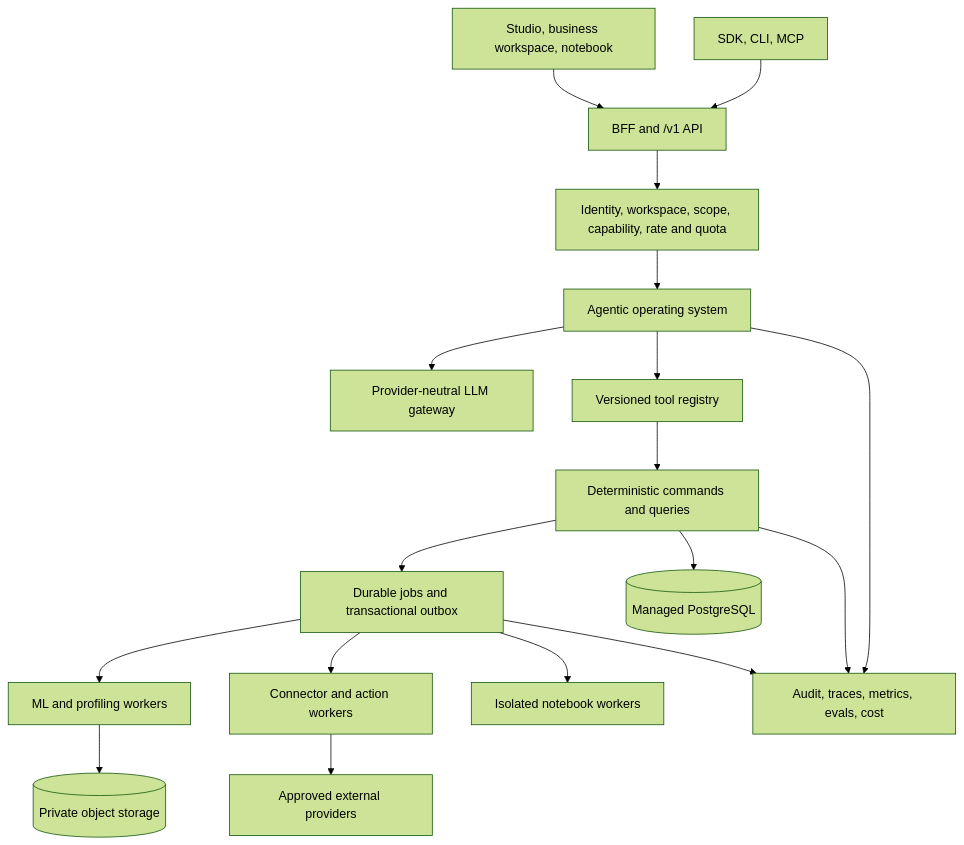
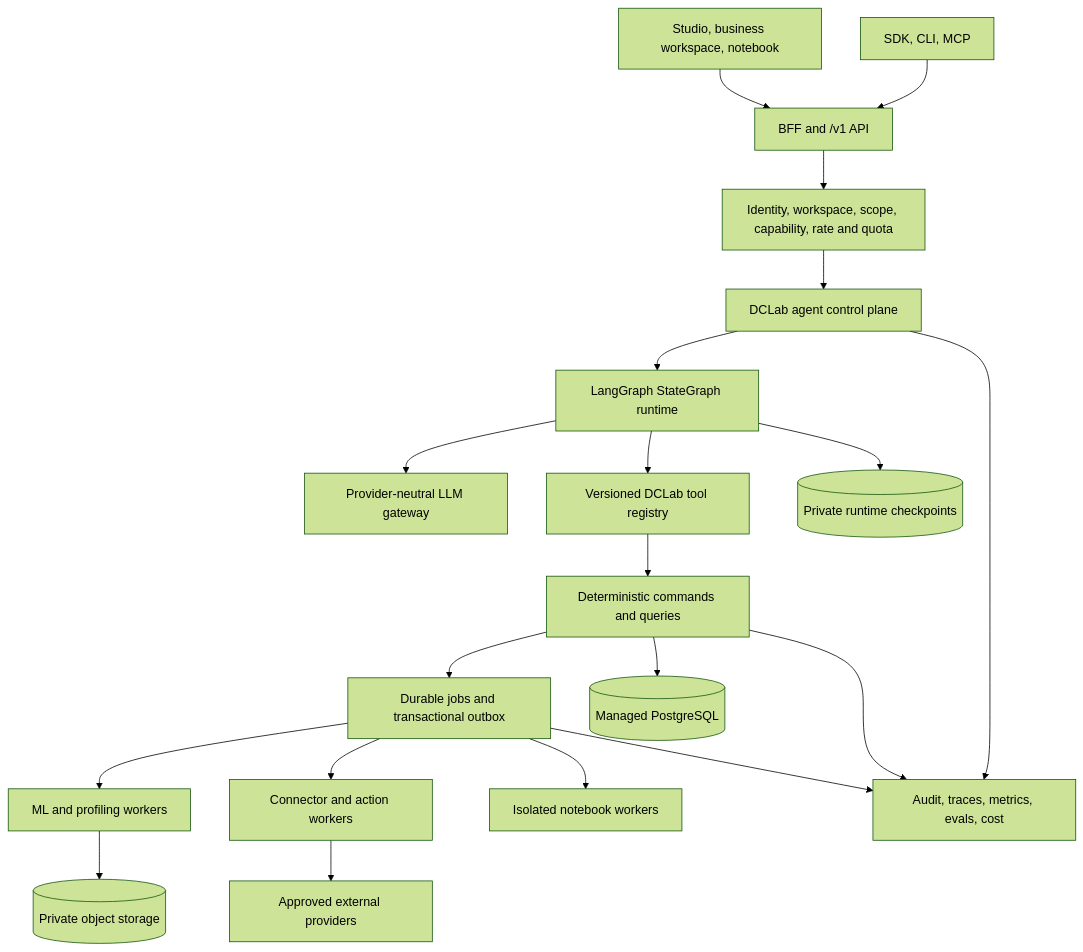
Before and after one commit to Shahriyar-Moradi/DCLab: the first of 3 diagrams in docs/agentic-program/MASTER_SCOPE_0_TO_10_PLAN.md, drawn with Mermaid (forest theme). The commit also changed other lines of this file and 71 other files, not shown here.

````diff
--- a/docs/agentic-program/MASTER_SCOPE_0_TO_10_PLAN.md
+++ b/docs/agentic-program/MASTER_SCOPE_0_TO_10_PLAN.md
@@ -167,20 +182,22 @@
 ```mermaid
 flowchart TD
     UI[Studio, business workspace, notebook] --> EDGE[BFF and /v1 API]
     DEV[SDK, CLI, MCP] --> EDGE
     EDGE --> AUTH[Identity, workspace, scope, capability, rate and quota]
-    AUTH --> AOS[Agentic operating system]
-    AOS --> LLM[Provider-neutral LLM gateway]
-    AOS --> TOOLS[Versioned tool registry]
+    AUTH --> AOS[DCLab agent control plane]
+    AOS --> GRAPH[LangGraph StateGraph runtime]
+    GRAPH --> LLM[Provider-neutral LLM gateway]
+    GRAPH --> TOOLS[Versioned DCLab tool registry]
     TOOLS --> APP[Deterministic commands and queries]
     APP --> QUEUE[Durable jobs and transactional outbox]
     QUEUE --> ML[ML and profiling workers]
     QUEUE --> INT[Connector and action workers]
     QUEUE --> NB[Isolated notebook workers]
     APP --> DB[(Managed PostgreSQL)]
     ML --> OBJ[(Private object storage)]
     INT --> EXT[Approved external providers]
+    GRAPH --> CHECKPOINT[(Private runtime checkpoints)]
     AOS --> OBS[Audit, traces, metrics, evals, cost]
     APP --> OBS
     QUEUE --> OBS
 ```
````
